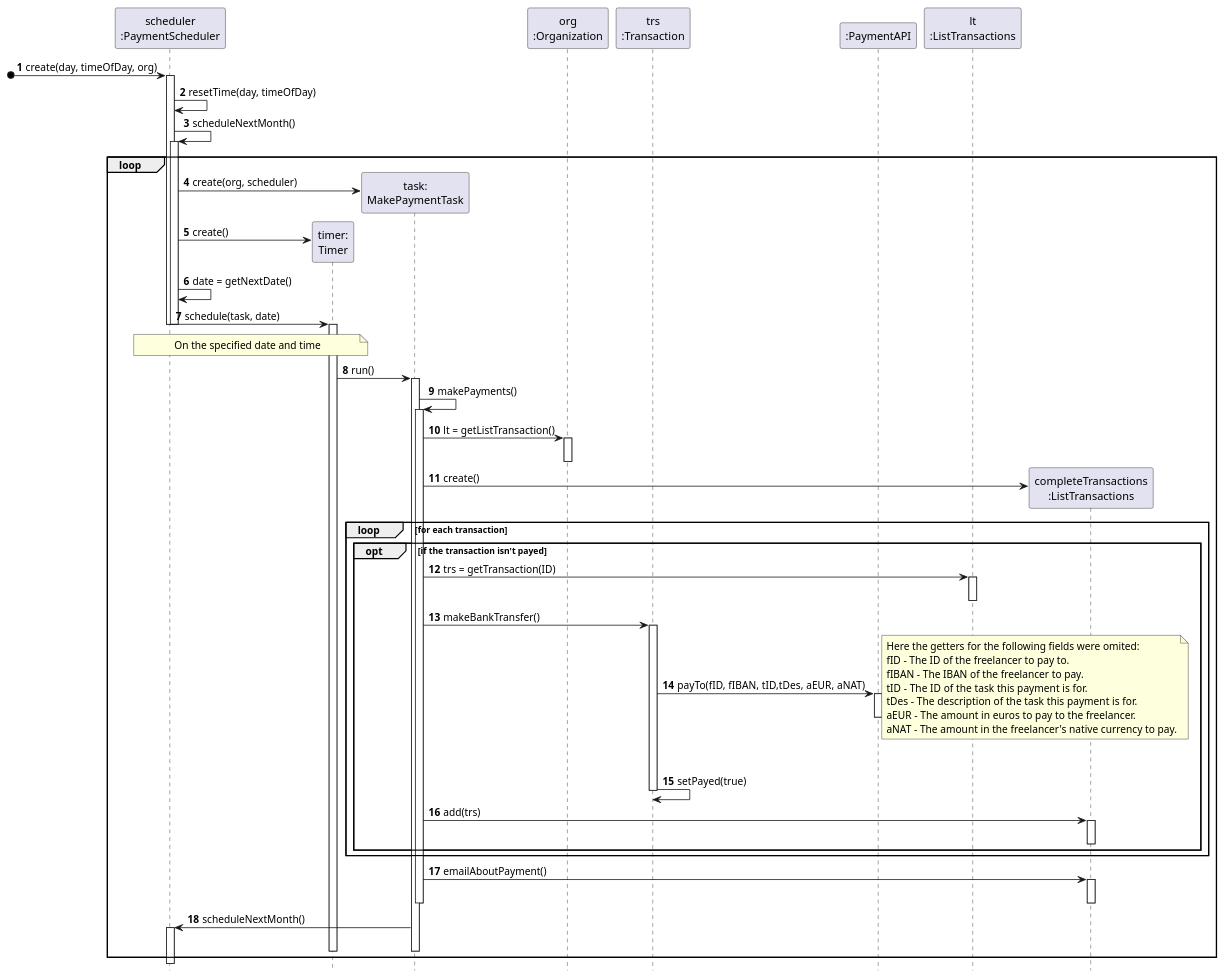
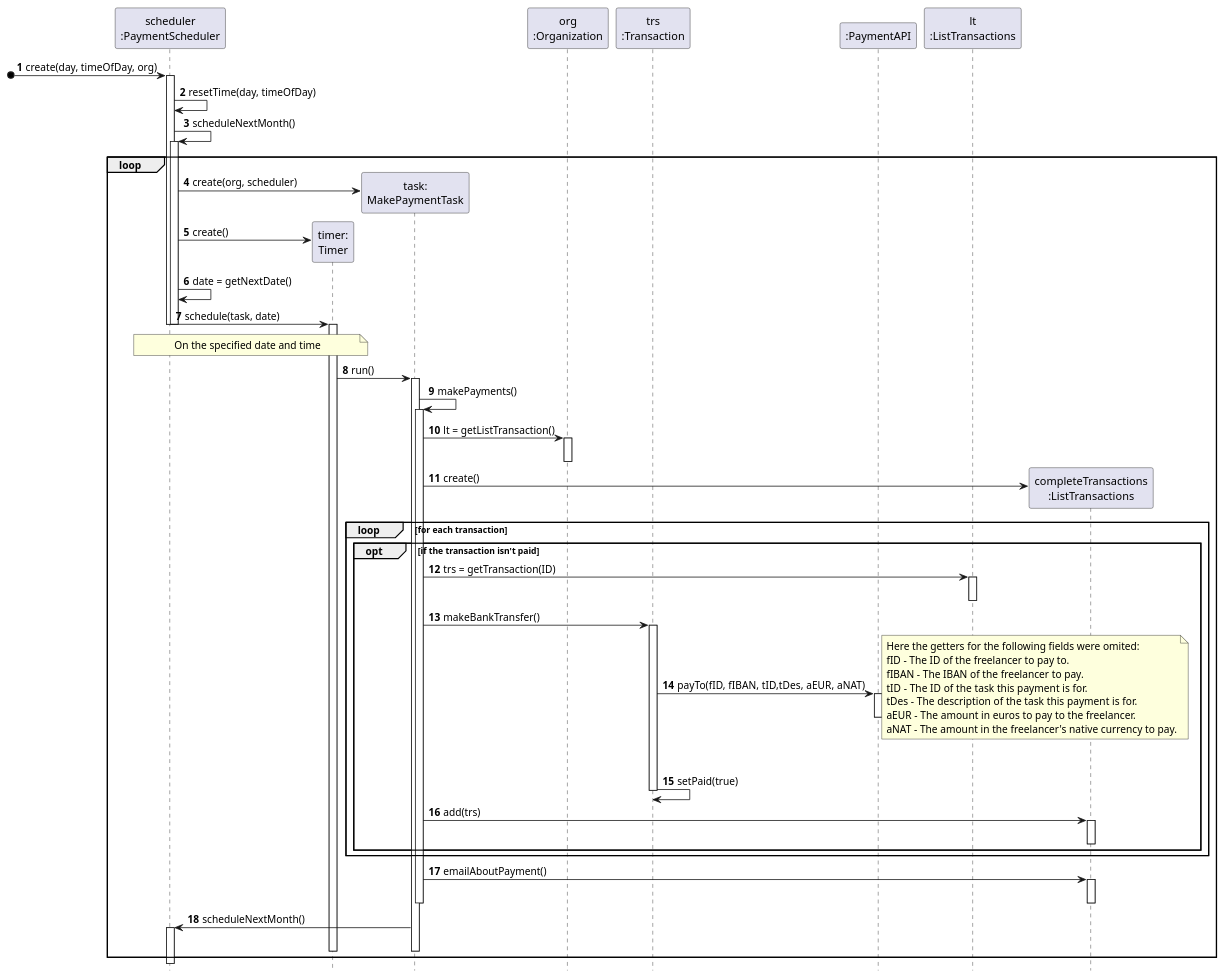
The diagram in docs/UC_06/SD.puml (botelho-io/lapr2-2020-g029), drawn with PlantUML before and after one commit. The commit also changed 23 other files, not shown here.

Commit message:
Spelling fixes "payed" ---> "paid"

```diff
--- a/docs/UC_06/SD.puml
+++ b/docs/UC_06/SD.puml
@@ -1,73 +1,73 @@
 @startuml SD
 autonumber
 hide footbox
 
 participant "scheduler\n:PaymentScheduler" as SC
 participant "timer:\nTimer" as TIMER
 participant "task:\nMakePaymentTask" as TASK
 participant "org\n:Organization" as org
 participant "trs\n:Transaction" as trs
 participant ":PaymentAPI" as papi
 participant "lt\n:ListTransactions" as lt
 participant "completeTransactions\n:ListTransactions" as ct
 
 [o-> SC : create(day, timeOfDay, org)
 activate SC
         SC -> SC : resetTime(day, timeOfDay)
         SC -> SC : scheduleNextMonth()
 loop
         activate SC
                 SC -> TASK**  : create(org, scheduler)
                 SC -> TIMER** : create()
                 SC -> SC : date = getNextDate()
                 SC ->TIMER: schedule(task, date)
         deactivate SC
 deactivate SC
         activate TIMER
                 note over SC,TIMER  : On the specified date and time
                 TIMER->TASK:run()
                 activate TASK
                         TASK->TASK: makePayments()
                         activate TASK
                                 TASK -> org : lt = getListTransaction()
                                 activate org
                                 deactivate org
                                 TASK -> ct ** : create()
                                 loop for each transaction
-                                        opt if the transaction isn't payed
+                                        opt if the transaction isn't paid
                                                 TASK -> lt : trs = getTransaction(ID)
                                                 activate lt
                                                 deactivate lt
                                                 TASK -> trs : makeBankTransfer()
                                                 activate trs
                                                         trs -> papi: payTo(fID, fIBAN, tID,tDes, aEUR, aNAT)
                                                         activate papi
                                                         deactivate papi
                                                         note right
                                                                 Here the getters for the following fields were omited:
                                                                 fID - The ID of the freelancer to pay to.
                                                                 fIBAN - The IBAN of the freelancer to pay.
                                                                 tID - The ID of the task this payment is for.
                                                                 tDes - The description of the task this payment is for.
                                                                 aEUR - The amount in euros to pay to the freelancer.
                                                                 aNAT - The amount in the freelancer's native currency to pay.
                                                         end note
-                                                        trs -> trs : setPayed(true)
+                                                        trs -> trs : setPaid(true)
                                                 deactivate trs
                                                 TASK -> ct : add(trs)
                                                 activate ct
                                                 deactivate ct
                                         end
                                 end
                                 TASK -> ct : emailAboutPayment()
                                 activate ct
                                 deactivate ct
                         deactivate TASK
                         TASK -> SC : scheduleNextMonth()
                         activate SC
                 deactivate TASK
         deactivate TIMER
 end
 
 
 @enduml
```
